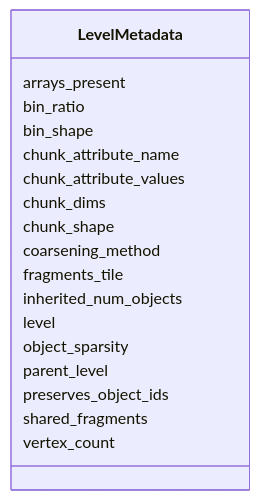
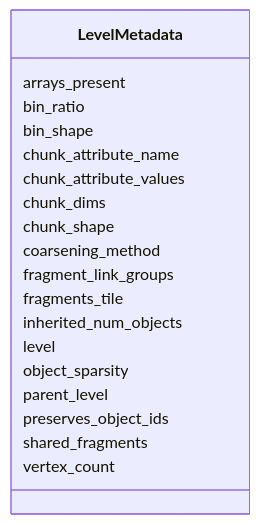
The eighth of 16 diagrams in schema/reference.md (AllenInstitute/zarr-vectors-py), drawn with Mermaid before and after one commit. The commit also changed other lines of this file and 8 other files, not shown here.

First line of the commit message:
Spec: fragment_link_groups level flag and capability (proposed 0.9.3)

````diff
--- a/schema/reference.md
+++ b/schema/reference.md
@@ -5407,38 +5521,39 @@
 ```mermaid
  classDiagram
     class LevelMetadata
     click LevelMetadata href "../LevelMetadata/"
       LevelMetadata : arrays_present
         
       LevelMetadata : bin_ratio
         
       LevelMetadata : bin_shape
         
       LevelMetadata : chunk_attribute_name
         
       LevelMetadata : chunk_attribute_values
         
       LevelMetadata : chunk_dims
         
       LevelMetadata : chunk_shape
         
       LevelMetadata : coarsening_method
         
+      LevelMetadata : fragment_link_groups
       LevelMetadata : fragments_tile
         
       LevelMetadata : inherited_num_objects
         
       LevelMetadata : level
         
       LevelMetadata : object_sparsity
         
       LevelMetadata : parent_level
         
       LevelMetadata : preserves_object_ids
         
       LevelMetadata : shared_fragments
         
       LevelMetadata : vertex_count
         
       
 ```
````
